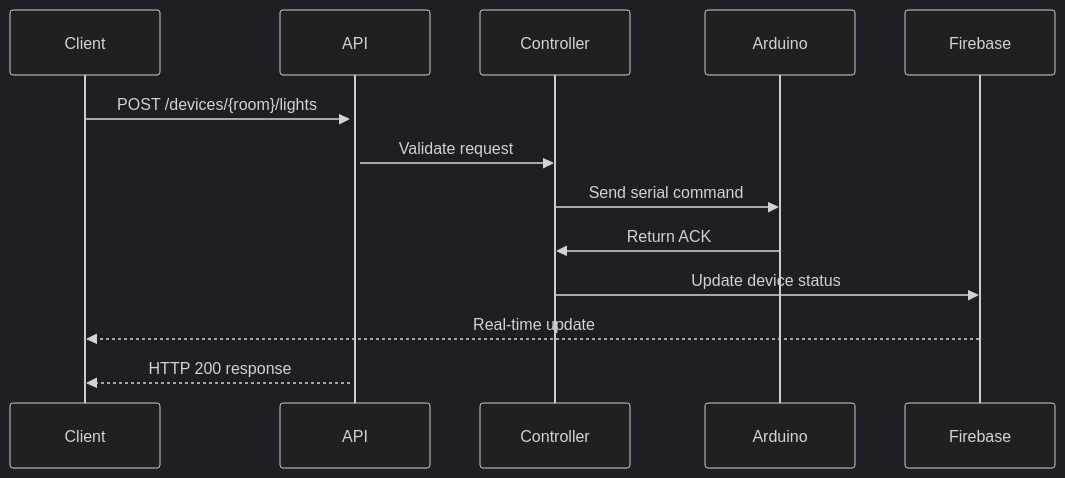
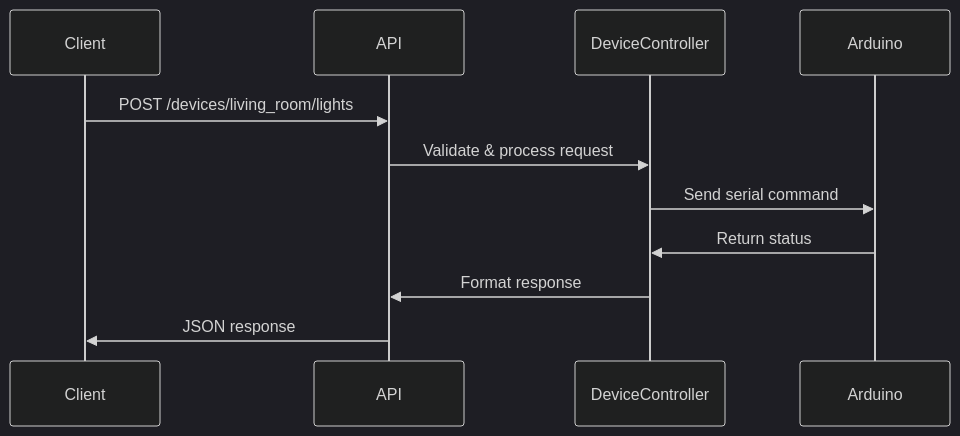
The second of 2 diagrams in documentation/API.md (Saifgharbii/Flask-Server-for-smart-house-managment), drawn with Mermaid (dark theme) before and after one commit. The commit also changed other lines of this file, not shown here.

````diff
--- a/documentation/API.md
+++ b/documentation/API.md
@@ -85,10 +86,14 @@
 ```mermaid
 sequenceDiagram
-    Client->>+API: POST /devices/{room}/lights
-    API->>Controller: Validate request
-    Controller->>Arduino: Send serial command
-    Arduino->>Controller: Return ACK
-    Controller->>Firebase: Update device status
-    Firebase-->>Client: Real-time update
-    API-->>Client: HTTP 200 response
+    participant Client
+    participant API
+    participant DeviceController
+    participant Arduino
+    
+    Client->>API: POST /devices/living_room/lights
+    API->>DeviceController: Validate & process request
+    DeviceController->>Arduino: Send serial command
+    Arduino->>DeviceController: Return status
+    DeviceController->>API: Format response
+    API->>Client: JSON response
 ```
````
